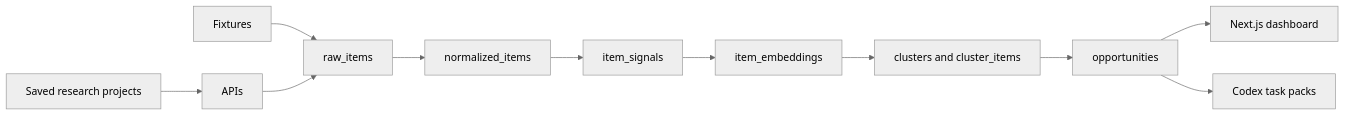
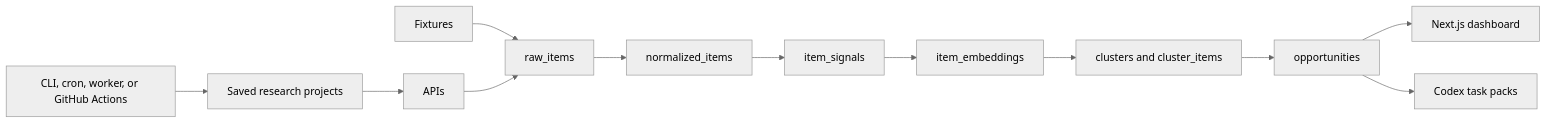
The first of 2 diagrams in docs/architecture.md (Yurii201811/tasksignal), drawn with Mermaid (neutral theme) before and after one commit. The commit also changed other lines of this file and 23 other files, not shown here.

````diff
--- a/docs/architecture.md
+++ b/docs/architecture.md
@@ -24,13 +24,14 @@
 ```mermaid
 flowchart LR
   Fixtures --> Raw[raw_items]
   APIs --> Raw
   Raw --> Normalized[normalized_items]
   Normalized --> Signals[item_signals]
   Signals --> Embeddings[item_embeddings]
   Embeddings --> Clusters[clusters and cluster_items]
   Clusters --> Opportunities[opportunities]
   Opportunities --> Dashboard[Next.js dashboard]
   Opportunities --> TaskPacks[Codex task packs]
   Projects[Saved research projects] --> APIs
+  Scheduler[CLI, cron, worker, or GitHub Actions] --> Projects
 ```
````
